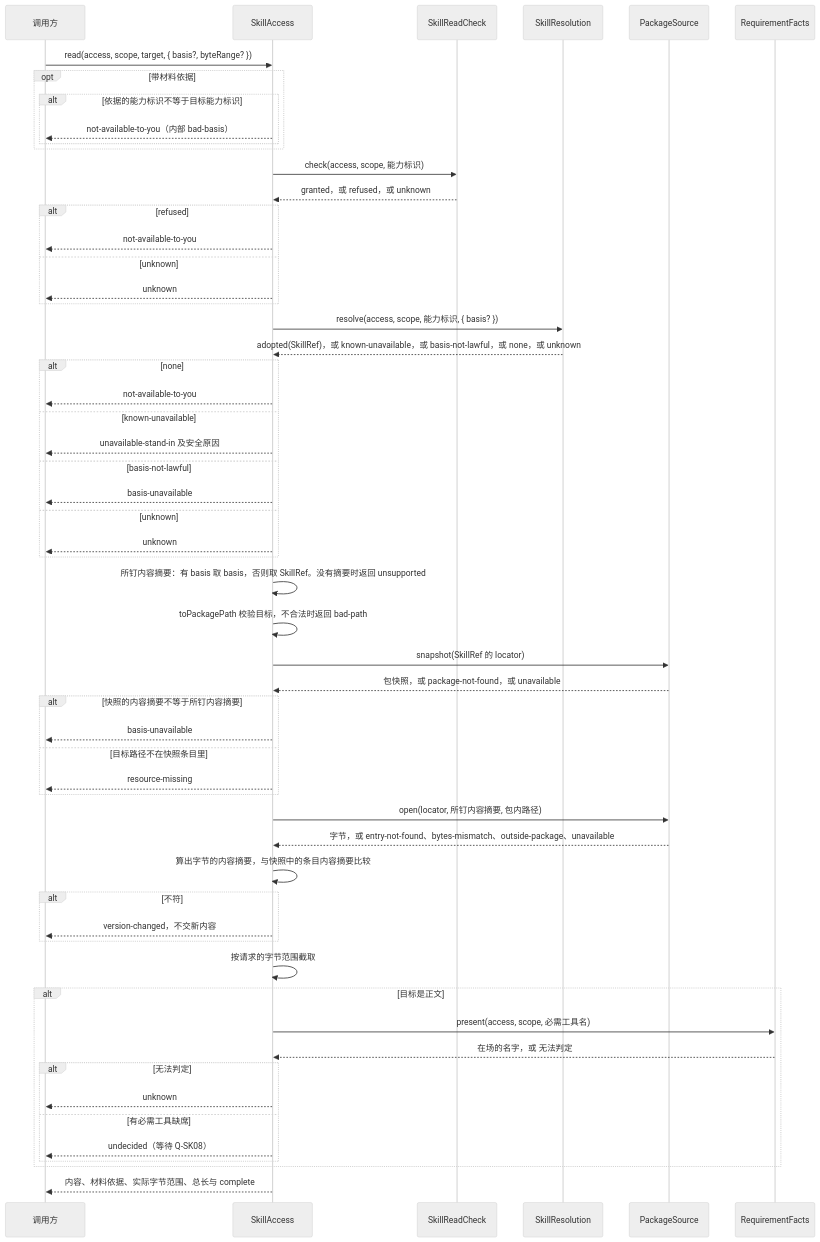
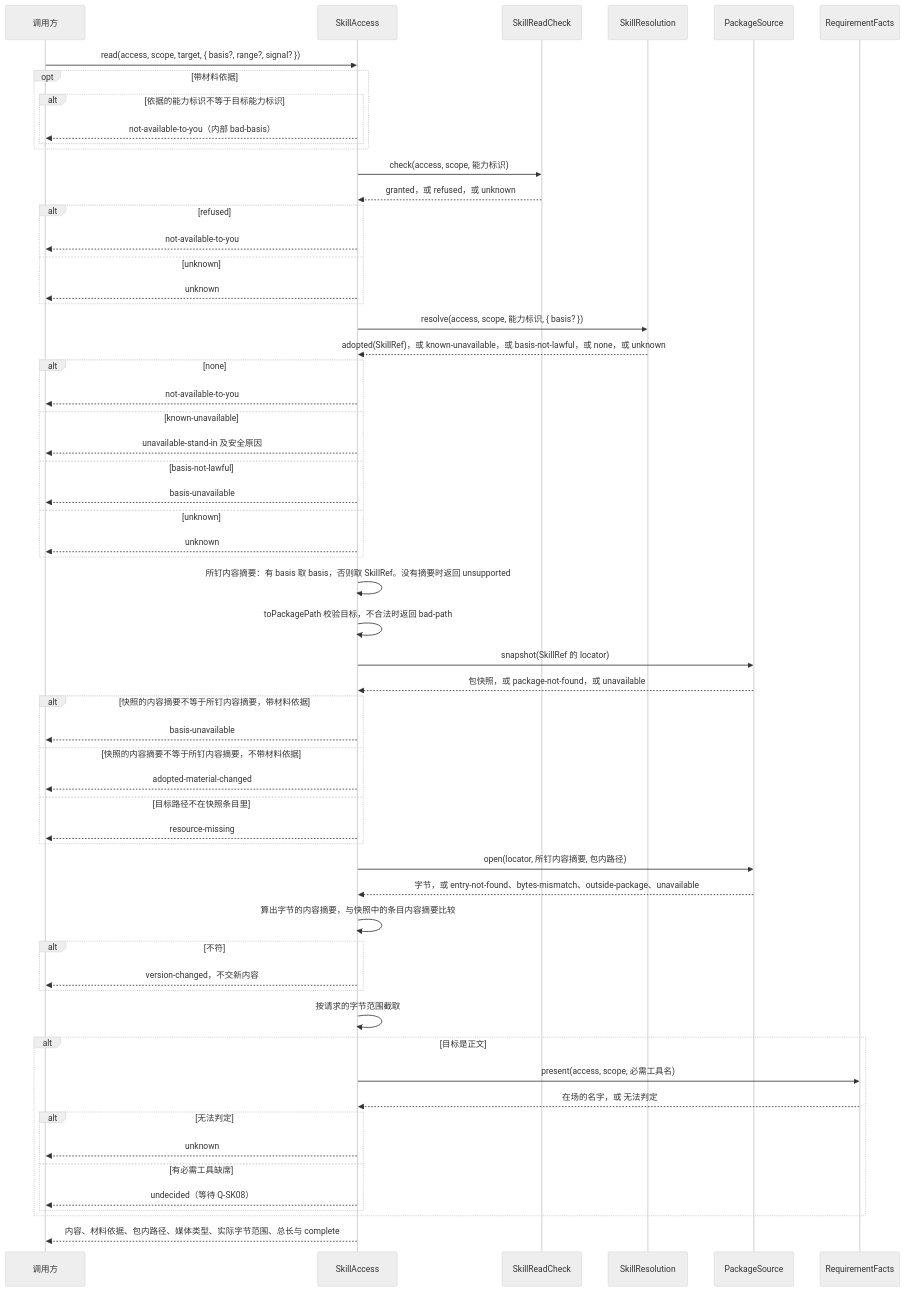
One commit to nemori-ai/omne-harness-lite changed the second of 3 diagrams in packages/skills/docs/key-flows.md. Above: the diagram before and after it, drawn with Mermaid (neutral theme). The commit also changed other lines of this file and 5 other files, not shown here.

````diff
--- a/packages/skills/docs/key-flows.md
+++ b/packages/skills/docs/key-flows.md
@@ -19,59 +41,61 @@
 ```mermaid
 sequenceDiagram
   participant C as 调用方
   participant A as SkillAccess
   participant E as SkillReadCheck
   participant V as SkillResolution
   participant S as PackageSource
   participant F as RequirementFacts
-  C->>A: read(access, scope, target, { basis?, byteRange? })
+  C->>A: read(access, scope, target, { basis?, range?, signal? })
   opt 带材料依据
     alt 依据的能力标识不等于目标能力标识
       A-->>C: not-available-to-you（内部 bad-basis）
     end
   end
   A->>E: check(access, scope, 能力标识)
   E-->>A: granted，或 refused，或 unknown
   alt refused
     A-->>C: not-available-to-you
   else unknown
     A-->>C: unknown
   end
   A->>V: resolve(access, scope, 能力标识, { basis? })
   V-->>A: adopted(SkillRef)，或 known-unavailable，或 basis-not-lawful，或 none，或 unknown
   alt none
     A-->>C: not-available-to-you
   else known-unavailable
     A-->>C: unavailable-stand-in 及安全原因
   else basis-not-lawful
     A-->>C: basis-unavailable
   else unknown
     A-->>C: unknown
   end
   A->>A: 所钉内容摘要：有 basis 取 basis，否则取 SkillRef。没有摘要时返回 unsupported
   A->>A: toPackagePath 校验目标，不合法时返回 bad-path
   A->>S: snapshot(SkillRef 的 locator)
   S-->>A: 包快照，或 package-not-found，或 unavailable
-  alt 快照的内容摘要不等于所钉内容摘要
+  alt 快照的内容摘要不等于所钉内容摘要，带材料依据
     A-->>C: basis-unavailable
+  else 快照的内容摘要不等于所钉内容摘要，不带材料依据
+    A-->>C: adopted-material-changed
   else 目标路径不在快照条目里
     A-->>C: resource-missing
   end
   A->>S: open(locator, 所钉内容摘要, 包内路径)
   S-->>A: 字节，或 entry-not-found、bytes-mismatch、outside-package、unavailable
   A->>A: 算出字节的内容摘要，与快照中的条目内容摘要比较
   alt 不符
     A-->>C: version-changed，不交新内容
   end
   A->>A: 按请求的字节范围截取
   alt 目标是正文
     A->>F: present(access, scope, 必需工具名)
     F-->>A: 在场的名字，或 无法判定
     alt 无法判定
       A-->>C: unknown
     else 有必需工具缺席
       A-->>C: undecided（等待 Q-SK08）
     end
   end
-  A-->>C: 内容、材料依据、实际字节范围、总长与 complete
+  A-->>C: 内容、材料依据、包内路径、媒体类型、实际字节范围、总长与 complete
 ```
````
